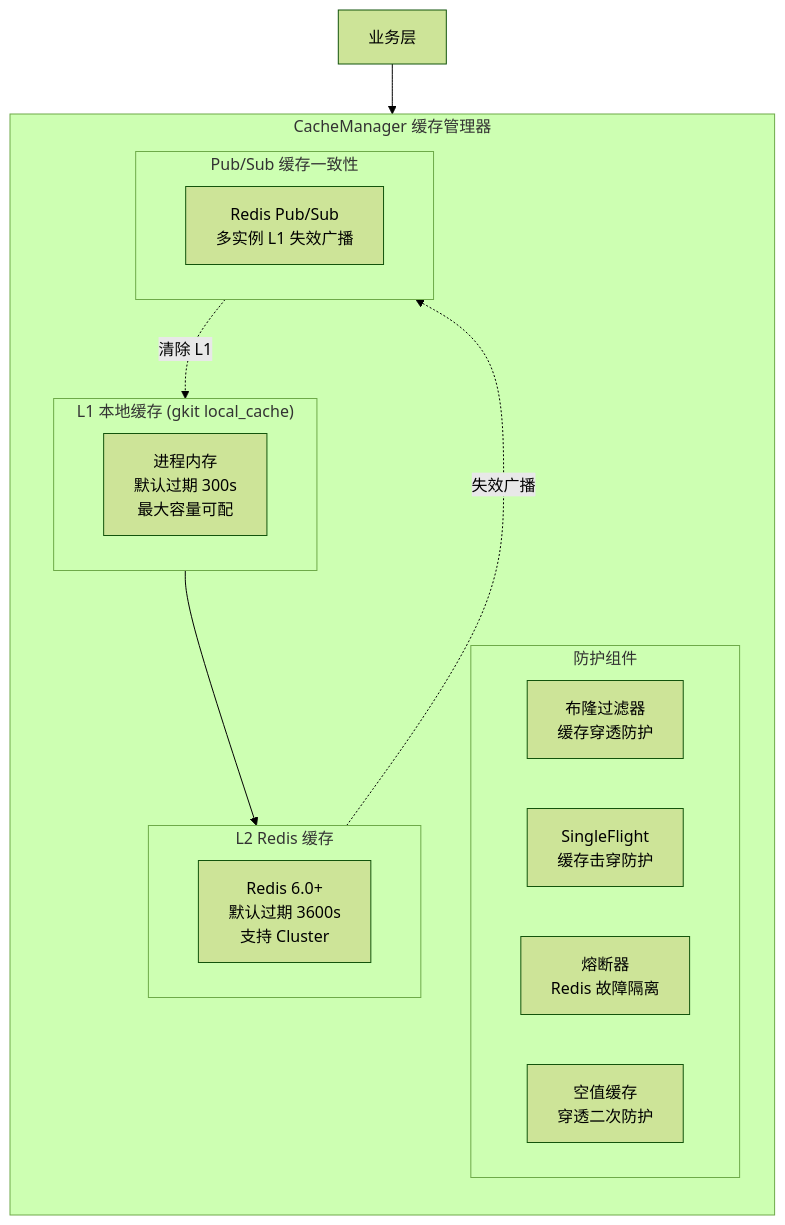
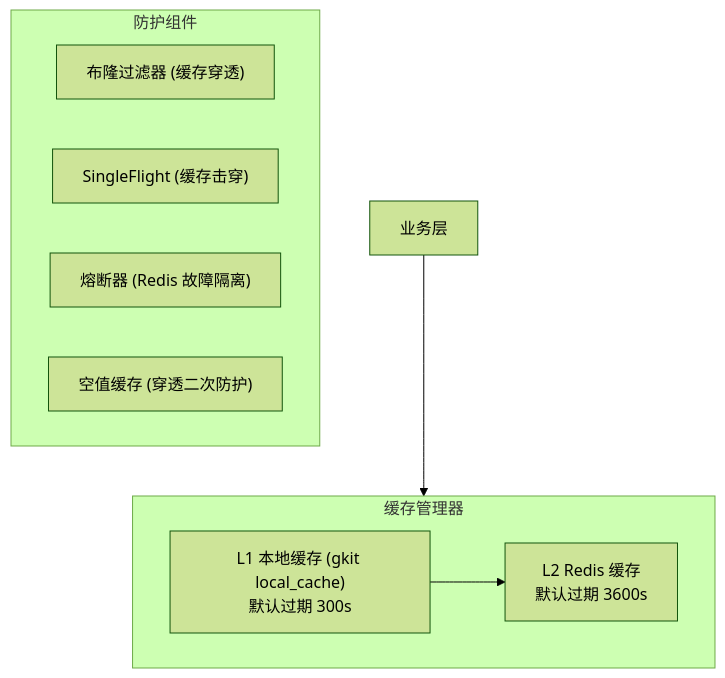
One commit to earthy-zinc/dehaze-system changed the fifth of 7 diagrams in dehaze-doc/docs/04-项目实现/后端/02-Go架构文档.md. Above: the diagram before and after it, drawn with Mermaid (forest theme). The commit also changed other lines of this file and 755 other files, not shown here.

````diff
--- a/dehaze-doc/docs/04-项目实现/后端/02-Go架构文档.md
+++ b/dehaze-doc/docs/04-项目实现/后端/02-Go架构文档.md
@@ -576,30 +232,17 @@
 ```mermaid
 flowchart TB
-    subgraph CacheManager["CacheManager 缓存管理器"]
-        direction TB
+    subgraph CacheManager["缓存管理器"]
+        L1["L1 本地缓存 (gkit local_cache)<br/>默认过期 300s"]
+        L2["L2 Redis 缓存<br/>默认过期 3600s"]
+    end
 
-        subgraph L1["L1 本地缓存 (gkit local_cache)"]
-            L1Detail["进程内存<br/>默认过期 300s<br/>最大容量可配"]
-        end
-
-        subgraph L2["L2 Redis 缓存"]
-            L2Detail["Redis 6.0+<br/>默认过期 3600s<br/>支持 Cluster"]
-        end
-
-        subgraph Protection["防护组件"]
-            BloomFilter["布隆过滤器<br/>缓存穿透防护"]
-            SingleFlight["SingleFlight<br/>缓存击穿防护"]
-            Breaker["熔断器<br/>Redis 故障隔离"]
-            NullCache["空值缓存<br/>穿透二次防护"]
-        end
-
-        subgraph PubSub["Pub/Sub 缓存一致性"]
-            Invalidation["Redis Pub/Sub<br/>多实例 L1 失效广播"]
-        end
+    subgraph Protection["防护组件"]
+        BloomFilter["布隆过滤器 (缓存穿透)"]
+        SingleFlight["SingleFlight (缓存击穿)"]
+        Breaker["熔断器 (Redis 故障隔离)"]
+        NullCache["空值缓存 (穿透二次防护)"]
     end
 
     App["业务层"] --> CacheManager
     L1 --> L2
-    L2 -.->|"失效广播"| PubSub
-    PubSub -.->|"清除 L1"| L1
 ```
````
